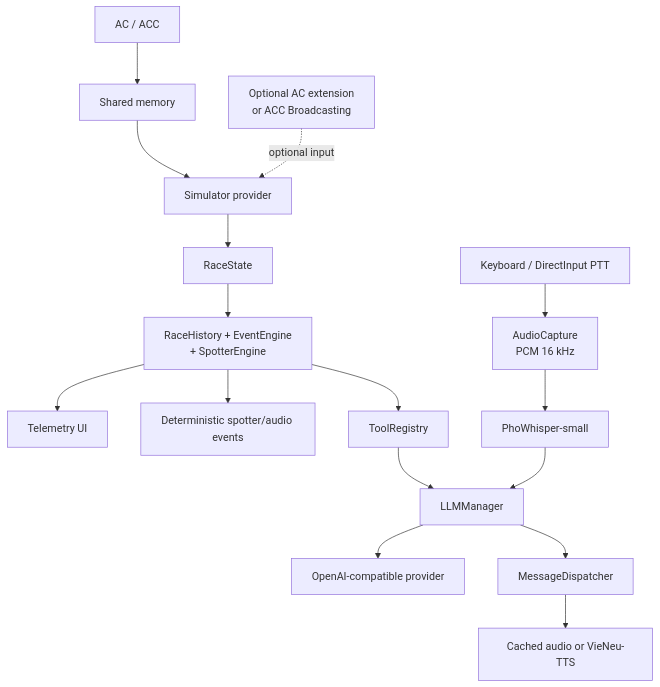
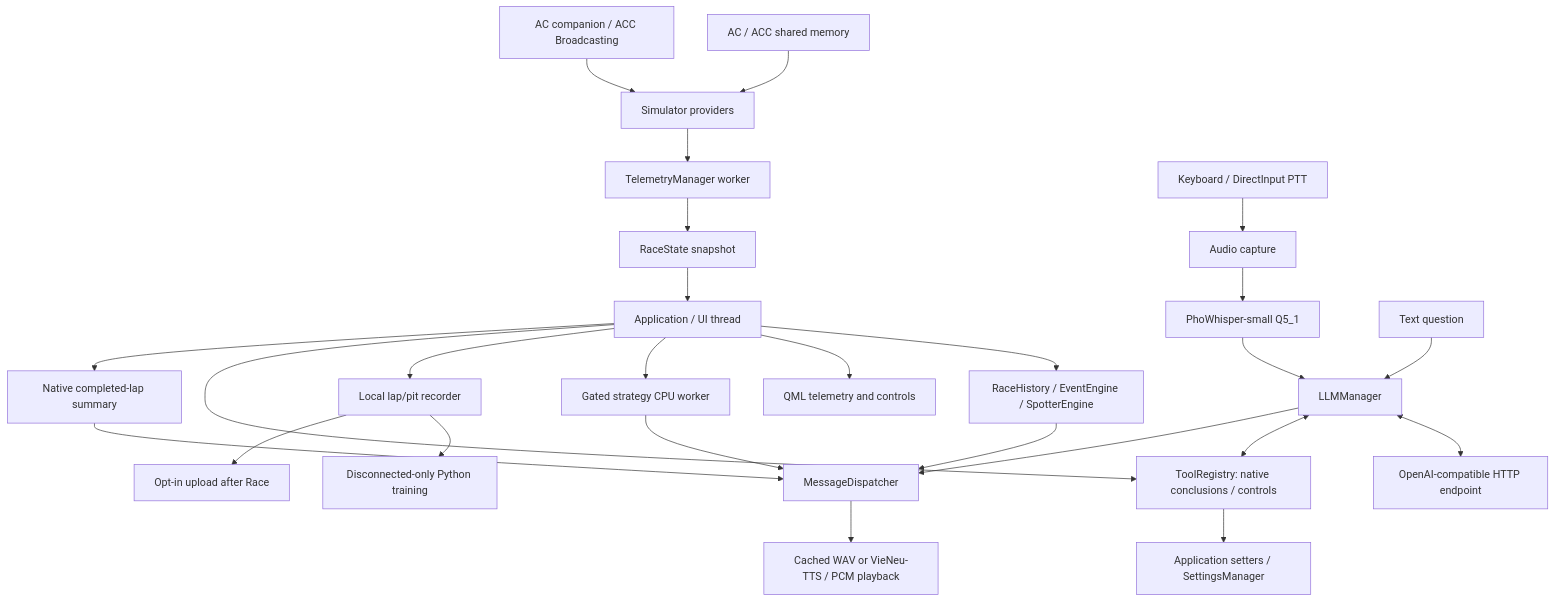
One commit to tminh-U/RaceEngineer changed the diagram in docs/architect.md. Above: the diagram before and after it, drawn with Mermaid. The commit also changed other lines of this file and 15 other files, not shown here.

Commit message:
docs: split and complete subsystem architecture

````diff
--- a/docs/architect.md
+++ b/docs/architect.md
@@ -12,28 +21,28 @@
 ```mermaid
 flowchart TD
-    SIM["AC / ACC"]
-    SHARED["Shared memory"]
-    OPTIONAL["Optional AC extension<br/>or ACC Broadcasting"]
-    PROVIDER["Simulator provider"]
-    STATE["RaceState"]
-    ANALYSIS["RaceHistory + EventEngine<br/>+ SpotterEngine"]
-    UI["Telemetry UI"]
-    EVENTS["Deterministic spotter/audio events"]
-    TOOLS["ToolRegistry"]
-    LLM["LLMManager"]
-    API["OpenAI-compatible provider"]
-    DISPATCH["MessageDispatcher"]
-    AUDIO["Cached audio or VieNeu-TTS"]
-    PTT["Keyboard / DirectInput PTT"]
-    CAPTURE["AudioCapture<br/>PCM 16 kHz"]
-    STT["PhoWhisper-small"]
-
-    SIM --> SHARED --> PROVIDER
-    OPTIONAL -. optional input .-> PROVIDER
-    PROVIDER --> STATE --> ANALYSIS
-    ANALYSIS --> UI
-    ANALYSIS --> EVENTS
-    ANALYSIS --> TOOLS --> LLM --> API
-    LLM --> DISPATCH --> AUDIO
-    PTT --> CAPTURE --> STT --> LLM
+    SIM["AC / ACC shared memory"] --> PROVIDER["Simulator providers"]
+    EXTRA["AC companion / ACC Broadcasting"] --> PROVIDER
+    PROVIDER --> TM["TelemetryManager worker"]
+    TM --> STATE["RaceState snapshot"]
+    STATE --> APP["Application / UI thread"]
+    APP --> NATIVE["RaceHistory / EventEngine / SpotterEngine"]
+    APP --> UI["QML telemetry and controls"]
+    APP --> STRATEGY["Gated strategy CPU worker"]
+    APP --> RECORD["Local lap/pit recorder"]
+    RECORD --> TRAIN["Disconnected-only Python training"]
+    RECORD --> SHARE["Opt-in upload after Race"]
+    PTT["Keyboard / DirectInput PTT"] --> CAPTURE["Audio capture"]
+    CAPTURE --> STT["PhoWhisper-small Q5_1"]
+    STT --> LLM["LLMManager"]
+    TEXT["Text question"] --> LLM
+    LLM <--> API["OpenAI-compatible HTTP endpoint"]
+    LLM <--> TOOLS["ToolRegistry: native conclusions / controls"]
+    APP --> TOOLS
+    TOOLS --> SETTERS["Application setters / SettingsManager"]
+    NATIVE --> RADIO["MessageDispatcher"]
+    STRATEGY --> RADIO
+    APP --> SUMMARY["Native completed-lap summary"]
+    SUMMARY --> RADIO
+    LLM --> RADIO
+    RADIO --> SPEECH["Cached WAV or VieNeu-TTS / PCM playback"]
 ```
````
